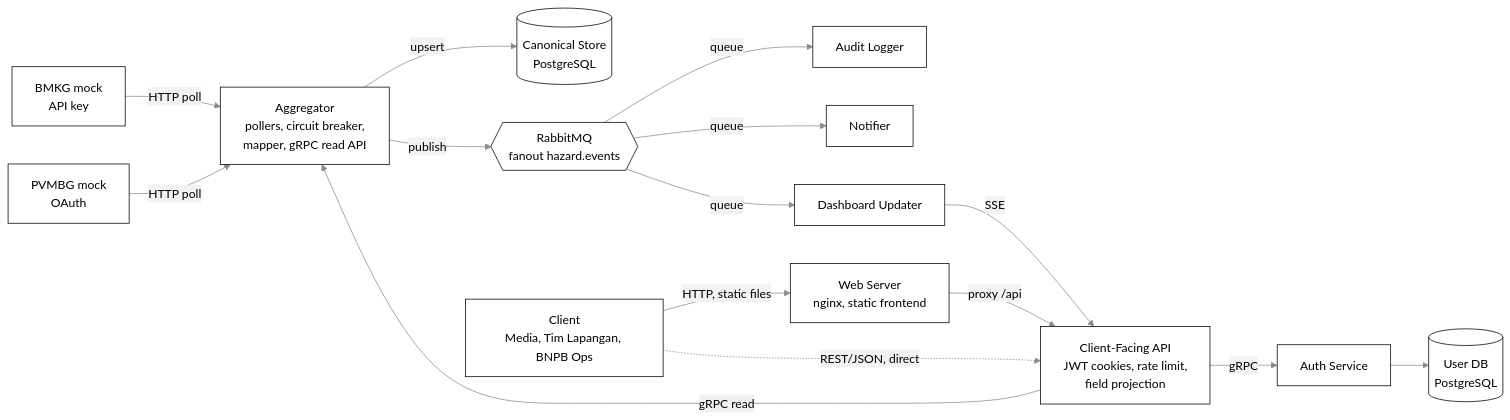
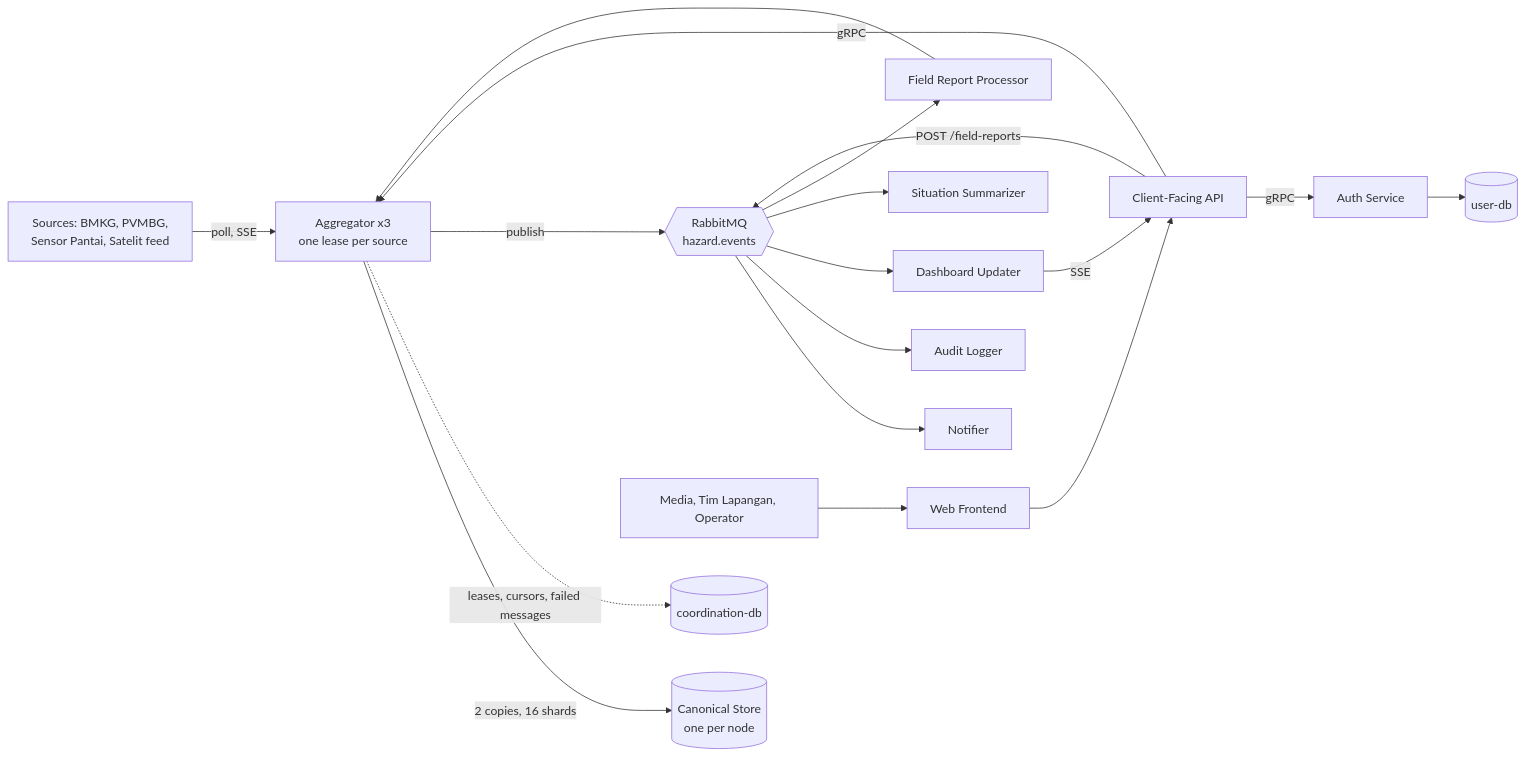
One commit to brii26/distributed-hazard-coordination changed the second of 2 diagrams in README.md. Above: the diagram before and after it, drawn with Mermaid. The commit also changed other lines of this file and 1 other file, not shown here.

Commit message:
docs: lead the README with the Kubernetes and service architecture (#449)

````diff
--- a/README.md
+++ b/README.md
@@ -32,35 +80,17 @@
 ```mermaid
-%%{init: {"theme":"base","themeVariables":{"primaryColor":"#f2f2f2","primaryTextColor":"#000000","primaryBorderColor":"#000000","lineColor":"#8b8b8b","secondaryColor":"#f2f2f2","tertiaryColor":"#ffffff","edgeLabelBackground":"#f2f2f2","noteBkgColor":"#d9d9d9","noteTextColor":"#000000","actorBkg":"#f2f2f2","actorBorder":"#000000","actorTextColor":"#000000","actorLineColor":"#8b8b8b","signalColor":"#8b8b8b","signalTextColor":"#8b8b8b","labelTextColor":"#000000","textColor":"#8b8b8b"}}}%%
 flowchart LR
-  BMKG["BMKG mock<br/>API key"]
-  PVMBG["PVMBG mock<br/>OAuth"]
-  AGG["Aggregator<br/>pollers, circuit breaker,<br/>mapper, gRPC read API"]
-  CS[("Canonical Store<br/>PostgreSQL")]
-  MQ{{"RabbitMQ<br/>fanout hazard.events"}}
-  AL["Audit Logger"]
-  NO["Notifier"]
-  DU["Dashboard Updater"]
-  CFA["Client-Facing API<br/>JWT cookies, rate limit,<br/>field projection"]
-  AUTH["Auth Service"]
-  UDB[("User DB<br/>PostgreSQL")]
-  CL["Client<br/>Media, Tim Lapangan, BNPB Ops"]
-  FE["Web Server<br/>nginx, static frontend"]
-
-  BMKG -->|HTTP poll| AGG
-  PVMBG -->|HTTP poll| AGG
-  AGG -->|upsert| CS
-  AGG -->|publish| MQ
-  MQ -->|queue| AL
-  MQ -->|queue| NO
-  MQ -->|queue| DU
+  SRC["Sources: BMKG, PVMBG,<br/>Sensor Pantai, Satelit feed"] -->|poll, SSE| AGG["Aggregator x3<br/>one lease per source"]
+  AGG -->|"2 copies, 16 shards"| ST[("Canonical Store<br/>one per node")]
+  AGG -.->|"leases, cursors, failed messages"| CDB[("coordination-db")]
+  AGG -->|publish| MQ{{"RabbitMQ<br/>hazard.events"}}
+  MQ --> NO["Notifier"]
+  MQ --> AL["Audit Logger"]
+  MQ --> DU["Dashboard Updater"]
+  MQ --> SS["Situation Summarizer"]
+  U["Media, Tim Lapangan, Operator"] --> FE["Web Frontend"] --> CFA["Client-Facing API"]
+  CFA -->|gRPC| AGG
+  CFA -->|gRPC| AUTH["Auth Service"] --> UDB[("user-db")]
+  CFA -->|"POST /field-reports"| MQ
+  MQ --> FRP["Field Report Processor"] --> AGG
   DU -->|SSE| CFA
-  CFA -->|gRPC read| AGG
-  CFA -->|gRPC| AUTH
-  AUTH --> UDB
-  CL -->|"HTTP, static files"| FE
-  FE -->|"proxy /api"| CFA
-  CL -.->|"REST/JSON, direct"| CFA
-
-  classDef box fill:#ffffff,stroke:#000000,color:#000000;
-  class BMKG,PVMBG,AGG,CS,MQ,AL,NO,DU,CFA,AUTH,UDB,CL,FE box;
 ```
````
